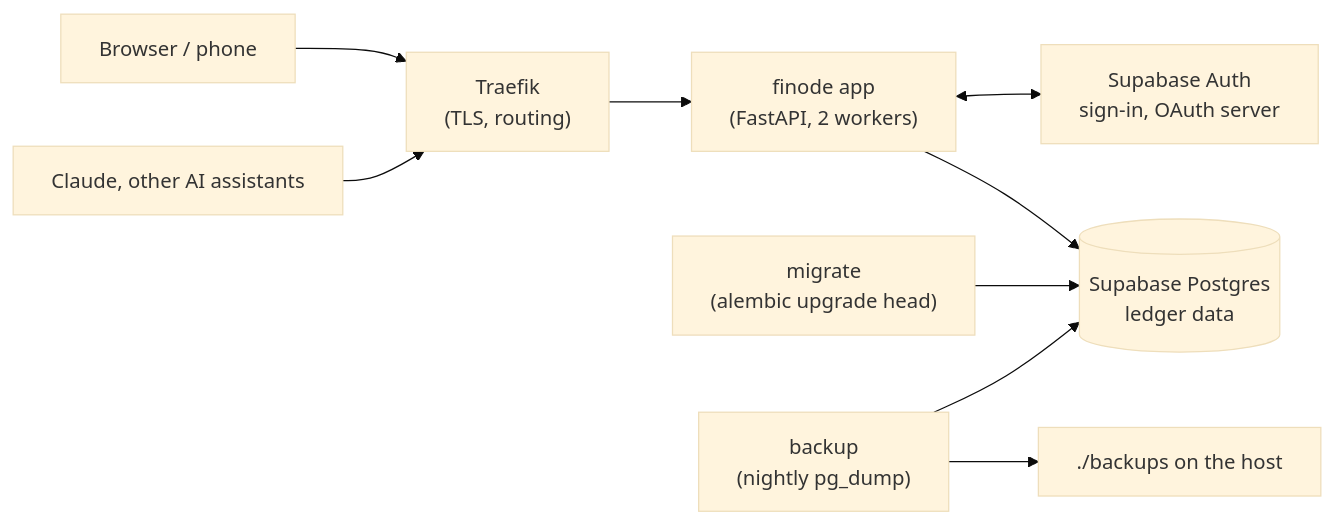
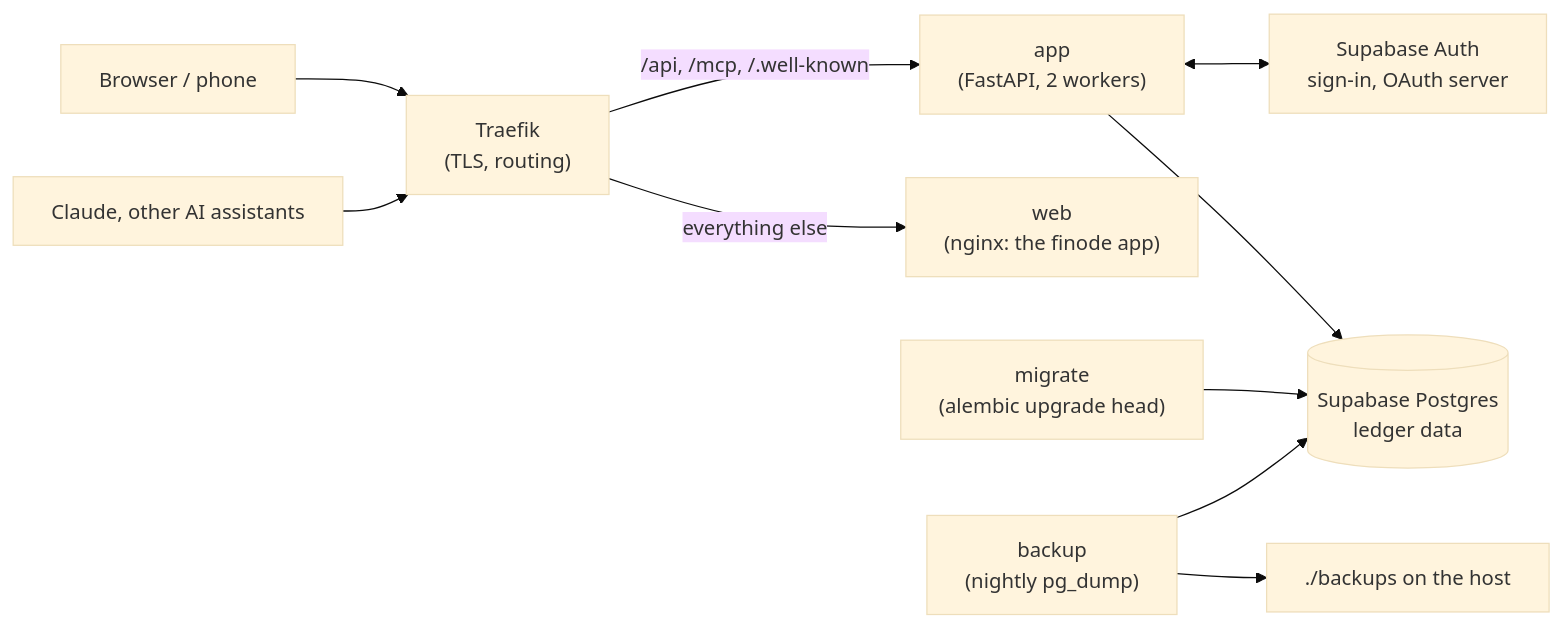
Before and after one commit to bijeshmohan/finode: the third of 3 diagrams in docs/architecture/overview.md, drawn with Mermaid (base theme). The commit also changed other lines of this file and 20 other files, not shown here.

````diff
--- a/docs/architecture/overview.md
+++ b/docs/architecture/overview.md
@@ -81,11 +79,12 @@
 ```mermaid
 flowchart LR
     U["Browser / phone"] --> TR["Traefik<br/>(TLS, routing)"]
     AI["Claude, other AI assistants"] --> TR
-    TR --> APP["finode app<br/>(FastAPI, 2 workers)"]
+    TR -- "/api, /mcp, /.well-known" --> APP["app<br/>(FastAPI, 2 workers)"]
+    TR -- "everything else" --> WEB["web<br/>(nginx: the finode app)"]
     APP --> PG[("Supabase Postgres<br/>ledger data")]
     APP <--> SB["Supabase Auth<br/>sign-in, OAuth server"]
     MIG["migrate<br/>(alembic upgrade head)"] --> PG
     BK["backup<br/>(nightly pg_dump)"] --> PG
     BK --> FILES["./backups on the host"]
 ```
````
